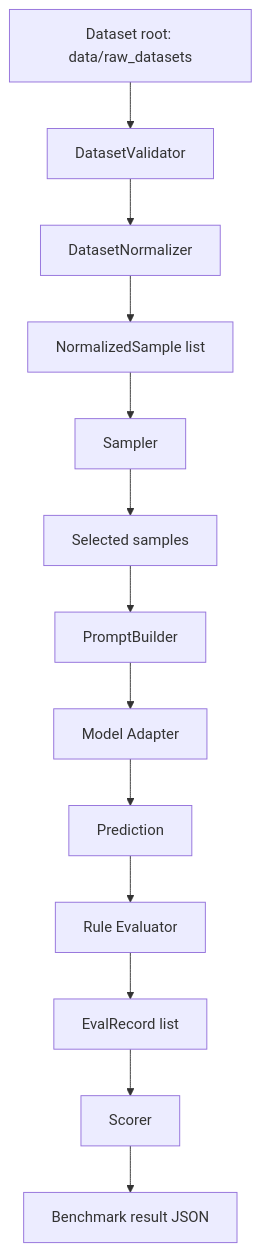
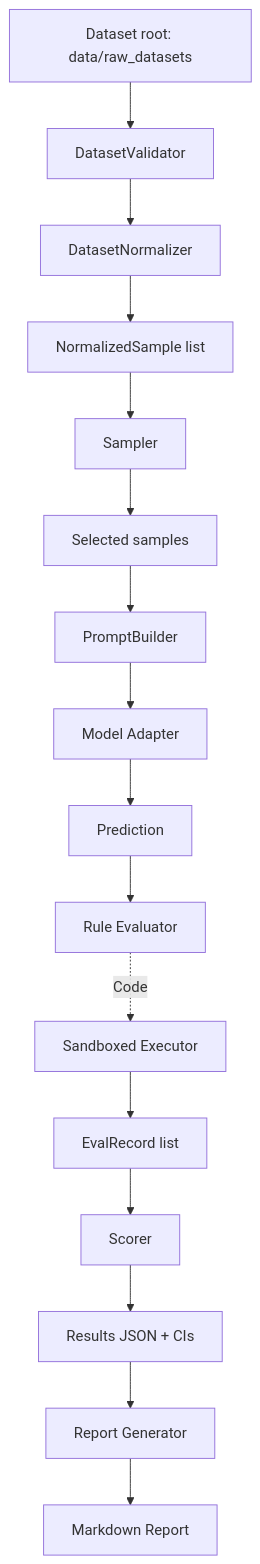
One commit to ratnajeet00/Modular-LLM-Scorer changed the diagram in docs/architecture.md. Above: the diagram before and after it, drawn with Mermaid. The commit also changed other lines of this file and 75 other files, not shown here.

````diff
--- a/docs/architecture.md
+++ b/docs/architecture.md
@@ -17,15 +18,18 @@
 ```mermaid
 flowchart TD
     A[Dataset root: data/raw_datasets] --> B[DatasetValidator]
     B --> C[DatasetNormalizer]
     C --> D[NormalizedSample list]
     D --> E[Sampler]
     E --> F[Selected samples]
     F --> G[PromptBuilder]
     G --> H[Model Adapter]
     H --> I[Prediction]
     I --> J[Rule Evaluator]
-    J --> K[EvalRecord list]
-    K --> L[Scorer]
-    L --> M[Benchmark result JSON]
+    J -.->|Code| K[Sandboxed Executor]
+    K --> L[EvalRecord list]
+    L --> M[Scorer]
+    M --> N[Results JSON + CIs]
+    N --> O[Report Generator]
+    O --> P[Markdown Report]
 ```
````
